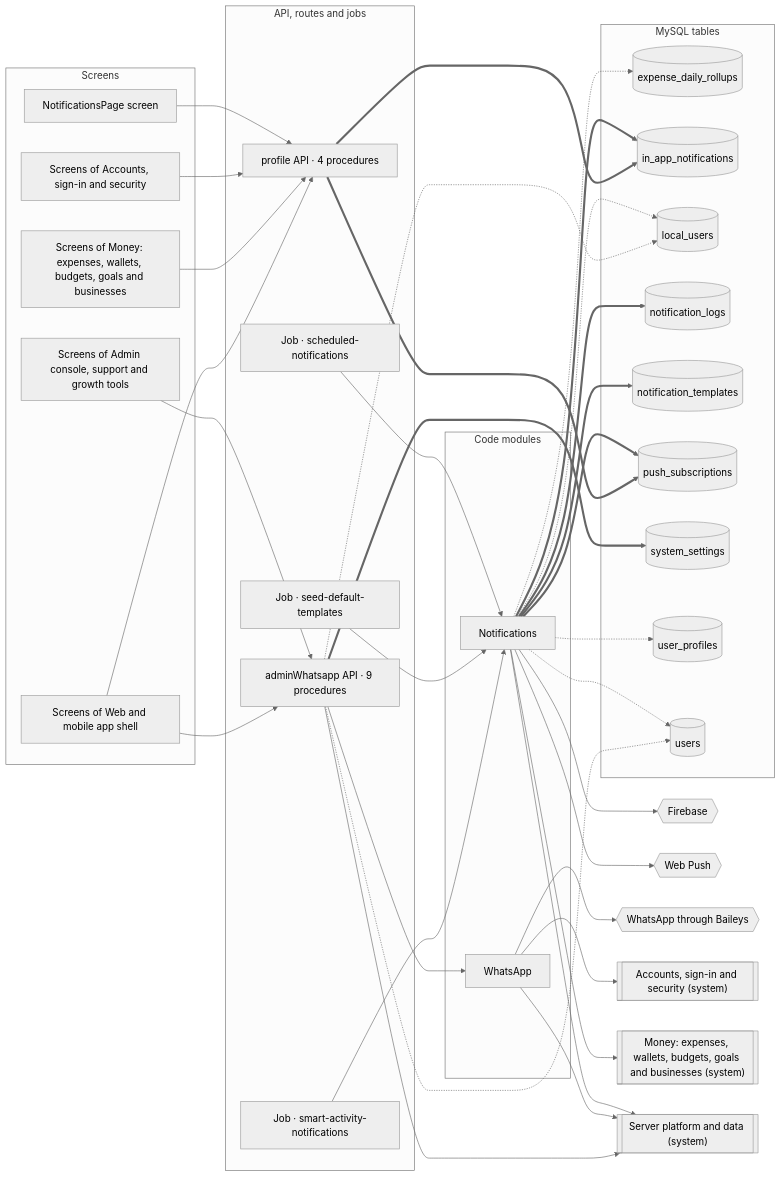
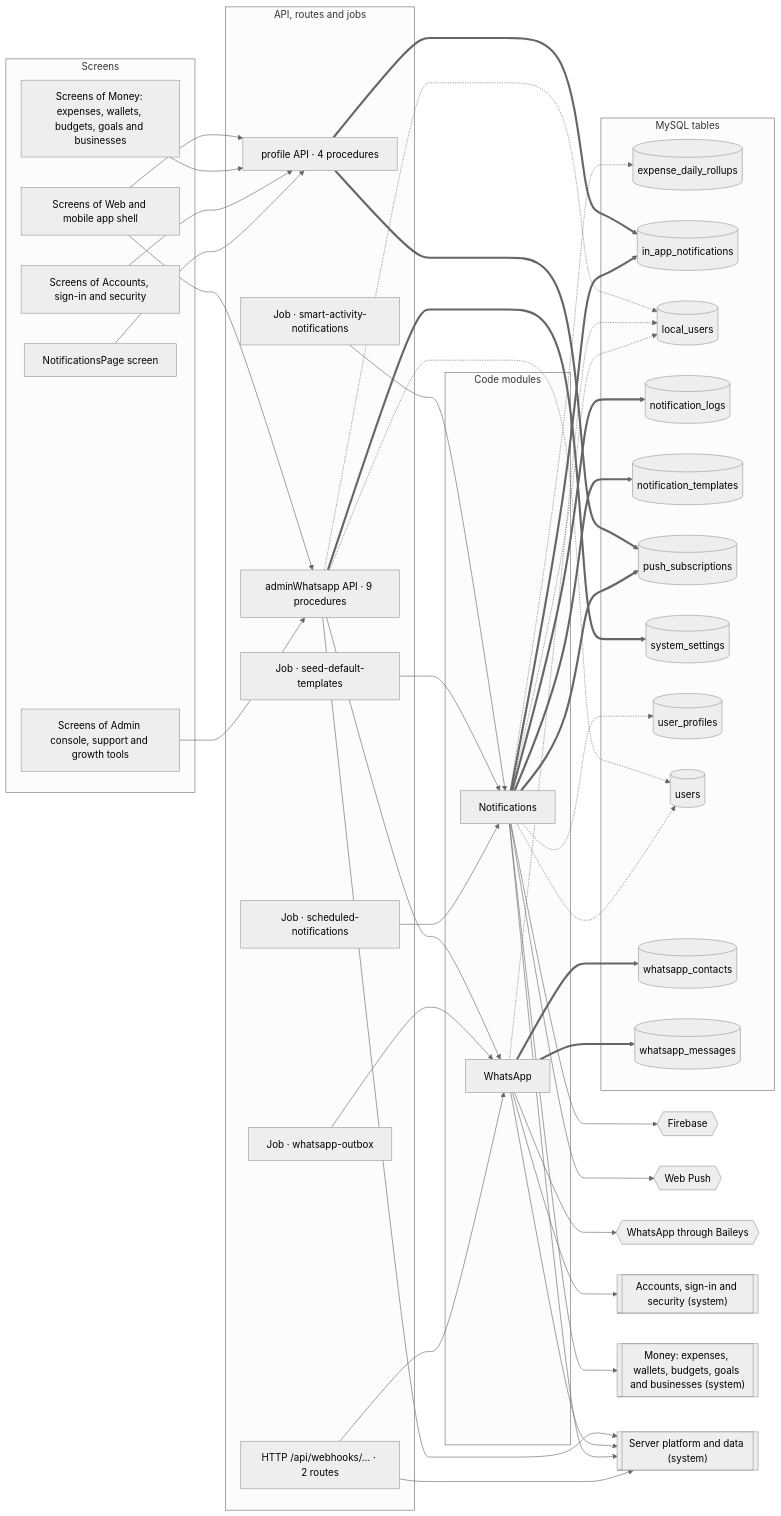
One commit to mahmoudtaherr111/smartspend_mini_all changed the diagram in docs/atlas/systems/notifications.md. Above: the diagram before and after it, drawn with Mermaid (neutral theme). The commit also changed other lines of this file and 42 other files, not shown here.

````diff
--- a/docs/atlas/systems/notifications.md
+++ b/docs/atlas/systems/notifications.md
@@ -13,69 +13,79 @@
 ```mermaid
 flowchart LR
   subgraph g_screens["Screens"]
     page_NotificationsPage["NotificationsPage screen"]
     screens_accounts["Screens of Accounts, sign-in and security"]
     screens_admin["Screens of Admin console, support and growth tools"]
     screens_money["Screens of Money: expenses, wallets, budgets, goals and businesses"]
     screens_web_app["Screens of Web and mobile app shell"]
   end
   subgraph g_api["API, routes and jobs"]
+    http__api_webhooks["HTTP /api/webhooks/… · 2 routes"]
     job_scheduled_notifications["Job · scheduled-notifications"]
     job_seed_default_templates["Job · seed-default-templates"]
     job_smart_activity_notifications["Job · smart-activity-notifications"]
+    job_whatsapp_outbox["Job · whatsapp-outbox"]
     router_adminWhatsapp["adminWhatsapp API · 9 procedures"]
     router_profile["profile API · 4 procedures"]
   end
   subgraph g_modules["Code modules"]
     mod_notifications["Notifications"]
     mod_whatsapp["WhatsApp"]
   end
   subgraph g_tables["MySQL tables"]
     tbl_expense_daily_rollups[("expense_daily_rollups")]
     tbl_in_app_notifications[("in_app_notifications")]
     tbl_local_users[("local_users")]
     tbl_notification_logs[("notification_logs")]
     tbl_notification_templates[("notification_templates")]
     tbl_push_subscriptions[("push_subscriptions")]
     tbl_system_settings[("system_settings")]
     tbl_user_profiles[("user_profiles")]
     tbl_users[("users")]
+    tbl_whatsapp_contacts[("whatsapp_contacts")]
+    tbl_whatsapp_messages[("whatsapp_messages")]
   end
   ext_firebase{{"Firebase"}}
   ext_web_push{{"Web Push"}}
   ext_whatsapp{{"WhatsApp through Baileys"}}
   sys_accounts[["Accounts, sign-in and security (system)"]]
   sys_money[["Money: expenses, wallets, budgets, goals and businesses (system)"]]
   sys_platform[["Server platform and data (system)"]]
+  http__api_webhooks --> mod_whatsapp
+  http__api_webhooks --> sys_platform
   job_scheduled_notifications --> mod_notifications
   job_seed_default_templates --> mod_notifications
   job_smart_activity_notifications --> mod_notifications
+  job_whatsapp_outbox --> mod_whatsapp
   mod_notifications --> ext_firebase
   mod_notifications --> ext_web_push
   mod_notifications --> sys_money
   mod_notifications --> sys_platform
   mod_notifications -.-> tbl_expense_daily_rollups
   mod_notifications -.-> tbl_local_users
   mod_notifications -.-> tbl_user_profiles
   mod_notifications -.-> tbl_users
   mod_notifications ==> tbl_in_app_notifications
   mod_notifications ==> tbl_notification_logs
   mod_notifications ==> tbl_notification_templates
   mod_notifications ==> tbl_push_subscriptions
   mod_whatsapp --> ext_whatsapp
   mod_whatsapp --> sys_accounts
   mod_whatsapp --> sys_platform
+  mod_whatsapp -.-> tbl_local_users
+  mod_whatsapp ==> tbl_whatsapp_contacts
+  mod_whatsapp ==> tbl_whatsapp_messages
   page_NotificationsPage --> router_profile
   router_adminWhatsapp --> mod_whatsapp
   router_adminWhatsapp --> sys_platform
   router_adminWhatsapp -.-> tbl_local_users
   router_adminWhatsapp -.-> tbl_users
   router_adminWhatsapp ==> tbl_system_settings
   router_profile ==> tbl_in_app_notifications
   router_profile ==> tbl_push_subscriptions
   screens_accounts --> router_profile
   screens_admin --> router_adminWhatsapp
   screens_money --> router_profile
   screens_web_app --> router_adminWhatsapp
   screens_web_app --> router_profile
 ```
````
